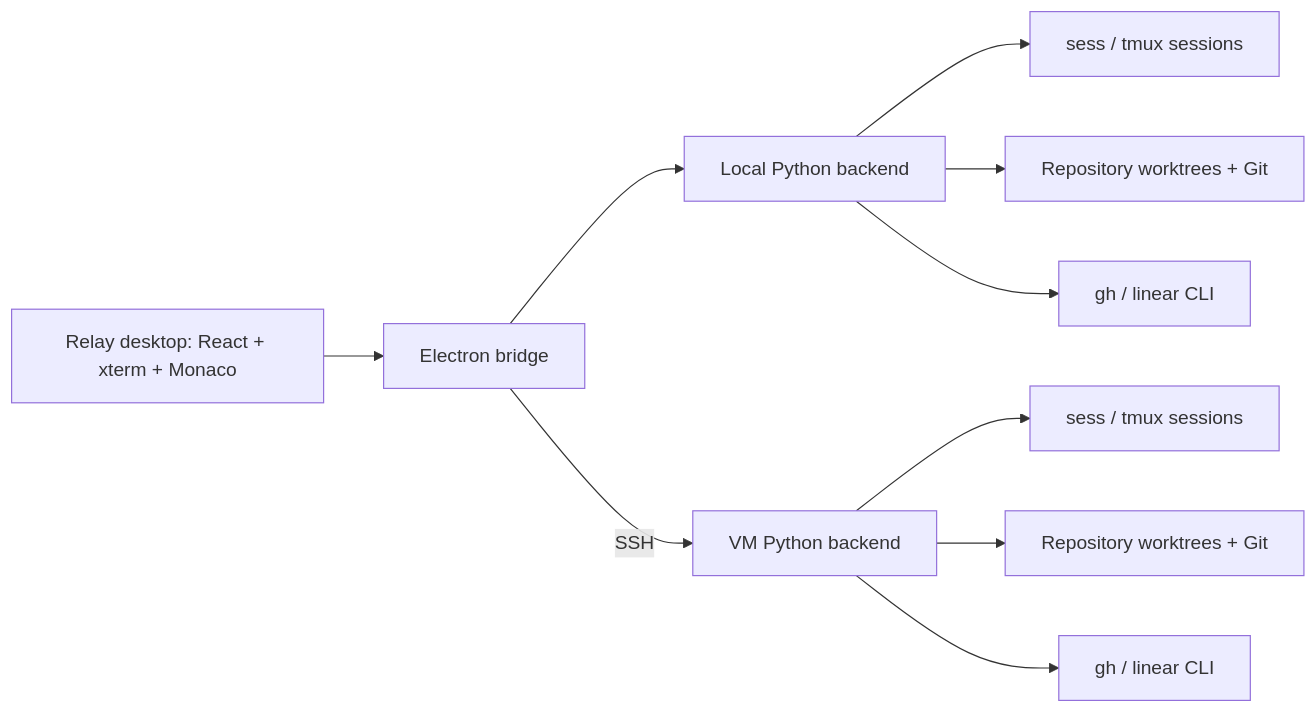
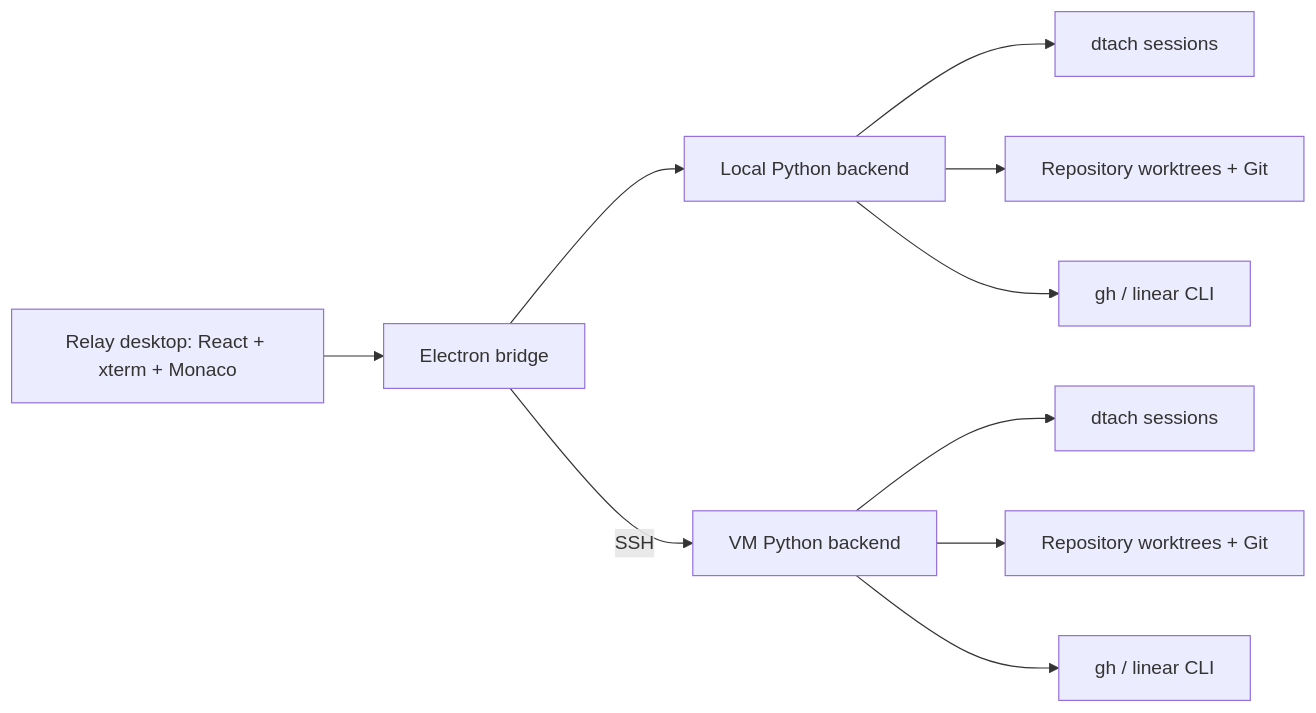
Before and after one commit to Magi-Labs/relay: the diagram in README.md, drawn with Mermaid. The commit also changed other lines of this file and 54 other files, not shown here.

````diff
--- a/README.md
+++ b/README.md
@@ -45,12 +45,12 @@
 ```mermaid
 flowchart LR
   UI["Relay desktop: React + xterm + Monaco"] --> E[Electron bridge]
   E --> L[Local Python backend]
   E -->|SSH| V[VM Python backend]
-  L --> LS[sess / tmux sessions]
-  V --> VS[sess / tmux sessions]
+  L --> LS[dtach sessions]
+  V --> VS[dtach sessions]
   L --> LR[Repository worktrees + Git]
   V --> VR[Repository worktrees + Git]
   L --> LC[gh / linear CLI]
   V --> VC[gh / linear CLI]
 ```
````
